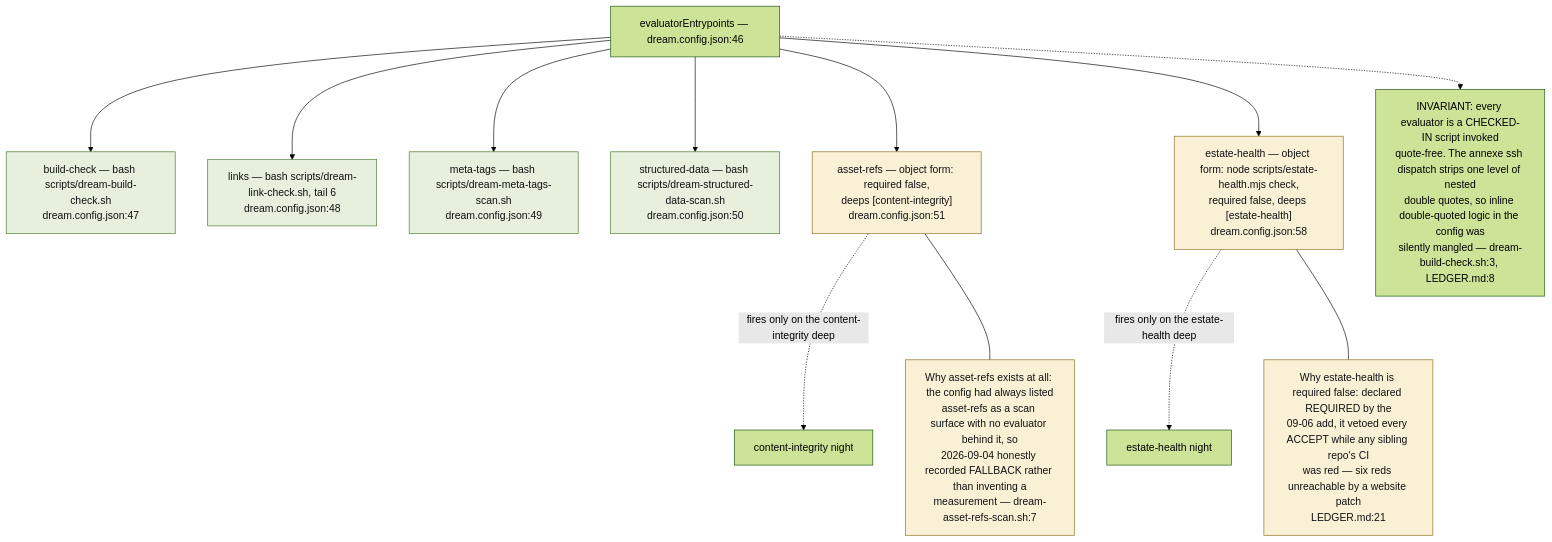
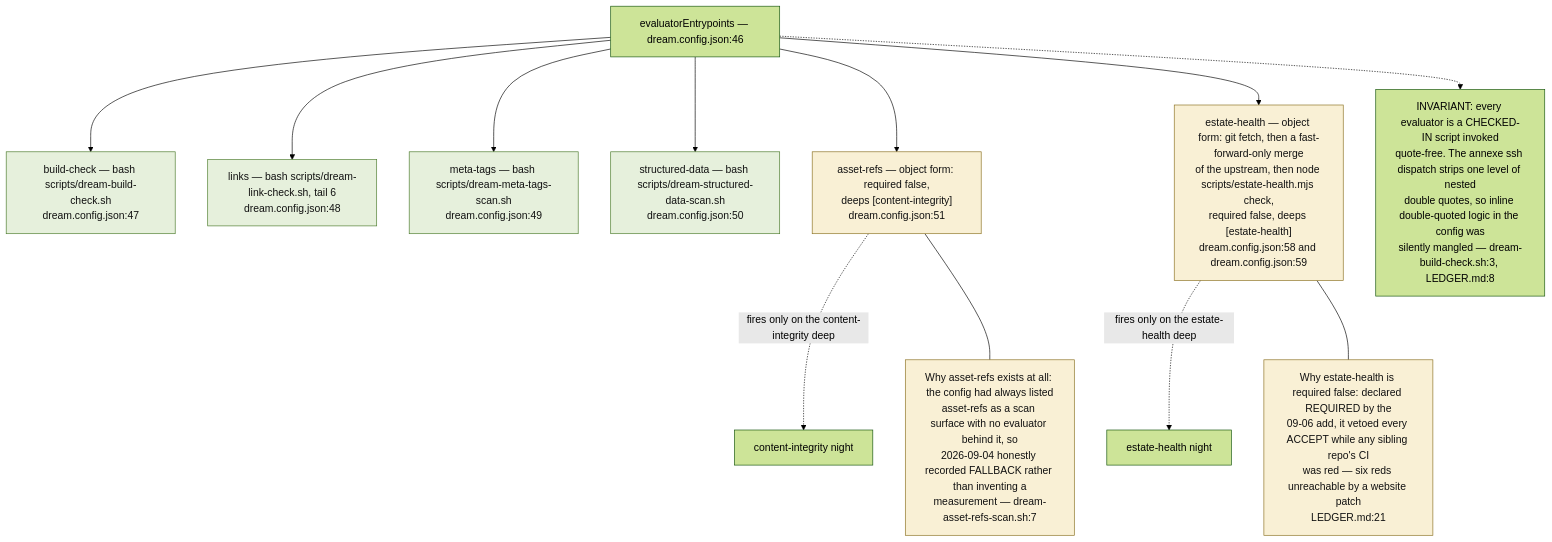
Before and after one commit to DreamLab-AI/VisionFlow: the third of 9 diagrams in docs/diagrams/visionflow/04-dream-cycle-integration.md, drawn with Mermaid (forest theme). The commit also changed other lines of this file and 7 other files, not shown here.

````diff
--- a/docs/diagrams/visionflow/04-dream-cycle-integration.md
+++ b/docs/diagrams/visionflow/04-dream-cycle-integration.md
@@ -95,27 +95,27 @@
 ```mermaid
 flowchart TB
     classDef always fill:#e6f0dc,stroke:#4a7a2a,color:#111
     classDef scoped fill:#f9f0d5,stroke:#8a7020,color:#111
 
     EE["evaluatorEntrypoints — dream.config.json:46"]
 
     EE --> A1["build-check — bash scripts/dream-build-check.sh<br/>dream.config.json:47"]:::always
     EE --> A2["links — bash scripts/dream-link-check.sh, tail 6<br/>dream.config.json:48"]:::always
     EE --> A3["meta-tags — bash scripts/dream-meta-tags-scan.sh<br/>dream.config.json:49"]:::always
     EE --> A4["structured-data — bash scripts/dream-structured-data-scan.sh<br/>dream.config.json:50"]:::always
 
     EE --> S1["asset-refs — object form: required false,<br/>deeps [content-integrity]<br/>dream.config.json:51"]:::scoped
-    EE --> S2["estate-health — object form: node scripts/estate-health.mjs check,<br/>required false, deeps [estate-health]<br/>dream.config.json:58"]:::scoped
+    EE --> S2["estate-health — object form: git fetch, then a fast-forward-only merge<br/>of the upstream, then node scripts/estate-health.mjs check,<br/>required false, deeps [estate-health]<br/>dream.config.json:58 and dream.config.json:59"]:::scoped
 
     S1 -.->|"fires only on the content-integrity deep"| D1["content-integrity night"]
     S2 -.->|"fires only on the estate-health deep"| D2["estate-health night"]
 
     WHY["Why asset-refs exists at all: the config had always listed<br/>asset-refs as a scan surface with no evaluator behind it, so<br/>2026-09-04 honestly recorded FALLBACK rather than inventing a<br/>measurement — dream-asset-refs-scan.sh:7"]:::scoped
     S1 --- WHY
 
     WHY2["Why estate-health is required false: declared REQUIRED by the<br/>09-06 add, it vetoed every ACCEPT while any sibling repo's CI<br/>was red — six reds unreachable by a website patch<br/>LEDGER.md:21"]:::scoped
     S2 --- WHY2
 
     SHELL["INVARIANT: every evaluator is a CHECKED-IN script invoked<br/>quote-free. The annexe ssh dispatch strips one level of nested<br/>double quotes, so inline double-quoted logic in the config was<br/>silently mangled — dream-build-check.sh:3, LEDGER.md:8"]
     EE -.-> SHELL
 ```
````
